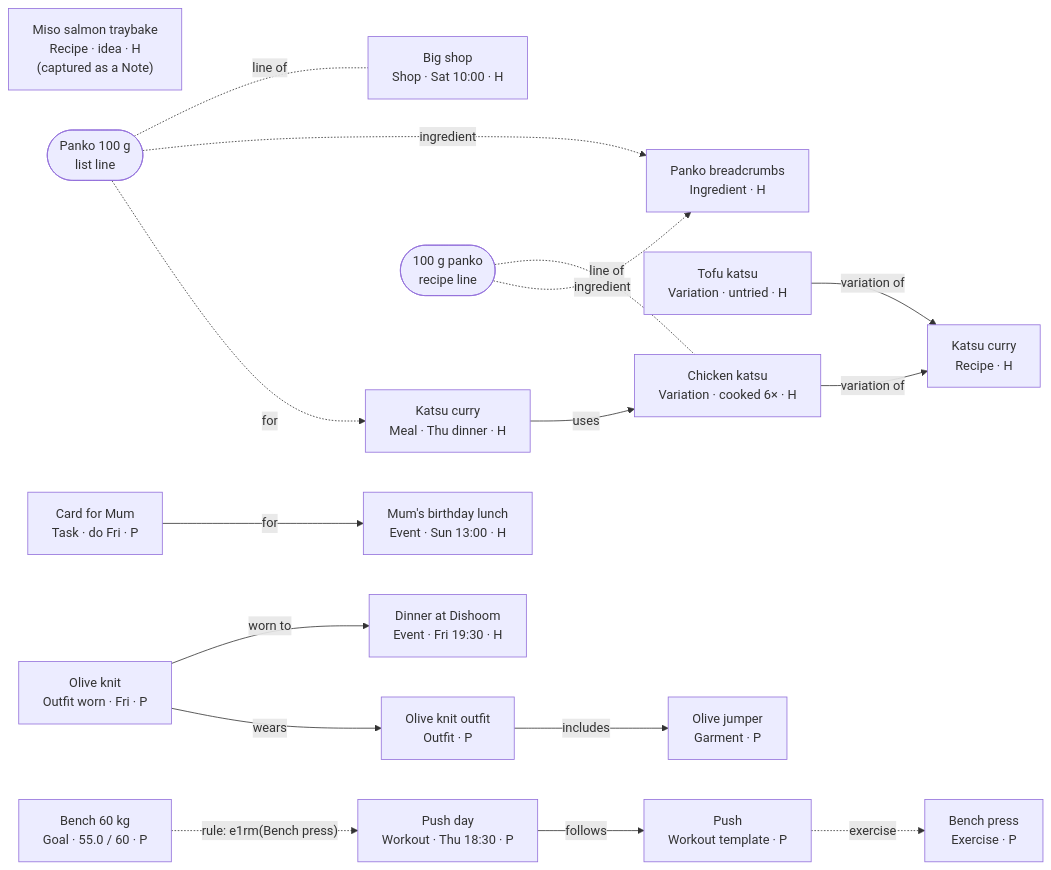
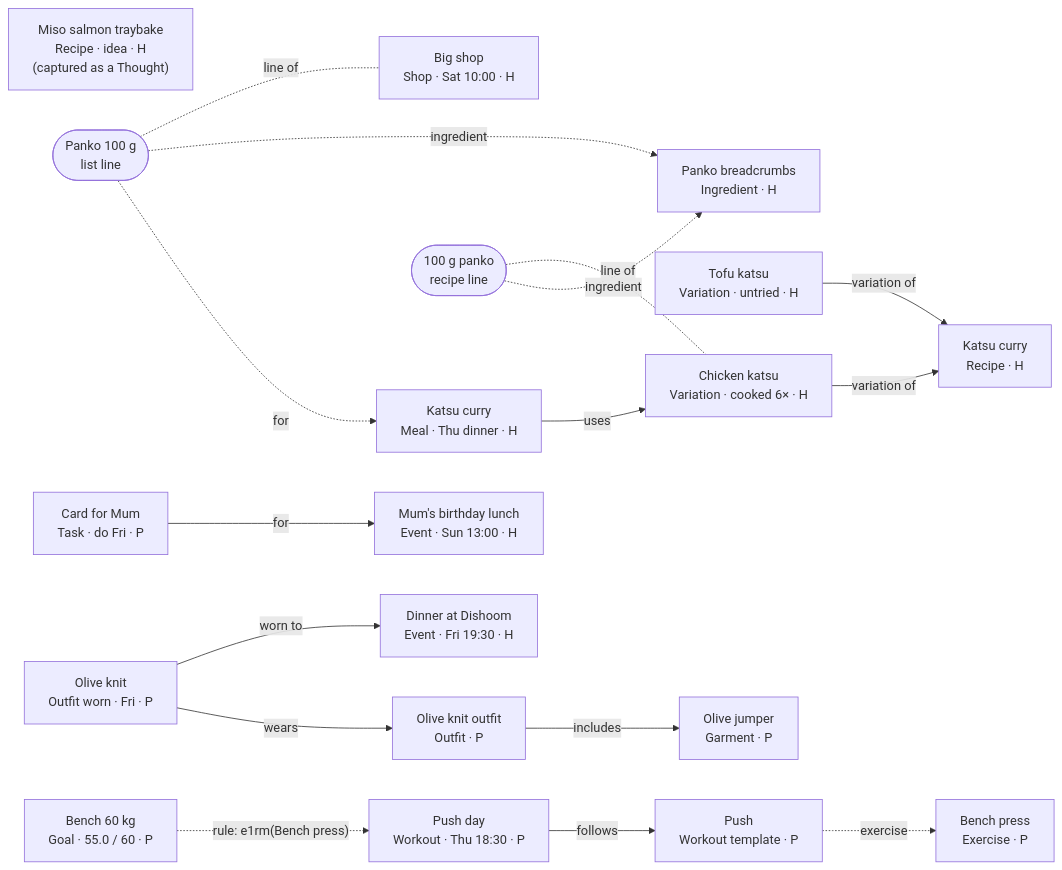
Before and after one commit to joestables/lifeos: the second of 2 diagrams in docs/20-architecture/data-model.md, drawn with Mermaid. The commit also changed other lines of this file and 49 other files, not shown here.

````diff
--- a/docs/20-architecture/data-model.md
+++ b/docs/20-architecture/data-model.md
@@ -347,38 +351,38 @@
 ```mermaid
 flowchart LR
   RD["Katsu curry<br/>Recipe · H"]
   R1["Chicken katsu<br/>Variation · cooked 6× · H"]
   R2["Tofu katsu<br/>Variation · untried · H"]
-  R3["Miso salmon traybake<br/>Recipe · idea · H<br/>(captured as a Note)"]
+  R3["Miso salmon traybake<br/>Recipe · idea · H<br/>(captured as a Thought)"]
   M["Katsu curry<br/>Meal · Thu dinner · H"]
   S["Big shop<br/>Shop · Sat 10:00 · H"]
   L(["Panko 100 g<br/>list line"])
   RL(["100 g panko<br/>recipe line"])
   I["Panko breadcrumbs<br/>Ingredient · H"]
   E1["Dinner at Dishoom<br/>Event · Fri 19:30 · H"]
   E2["Mum's birthday lunch<br/>Event · Sun 13:00 · H"]
   T["Card for Mum<br/>Task · do Fri · P"]
   OW["Olive knit<br/>Outfit worn · Fri · P"]
   O["Olive knit outfit<br/>Outfit · P"]
   G["Olive jumper<br/>Garment · P"]
   W["Push day<br/>Workout · Thu 18:30 · P"]
   TP["Push<br/>Workout template · P"]
   X["Bench press<br/>Exercise · P"]
   GL["Bench 60 kg<br/>Goal · 55.0 / 60 · P"]
 
   M -- uses --> R1
   R1 -- variation of --> RD
   R2 -- variation of --> RD
   RL -. line of .- R1
   RL -. ingredient .-> I
   L -. line of .- S
   L -. ingredient .-> I
   L -. for .-> M
   OW -- worn to --> E1
   OW -- wears --> O
   O -- includes --> G
   T -- for --> E2
   W -- follows --> TP
   TP -. exercise .-> X
   GL -. "rule: e1rm(Bench press)" .-> W
 ```
````
